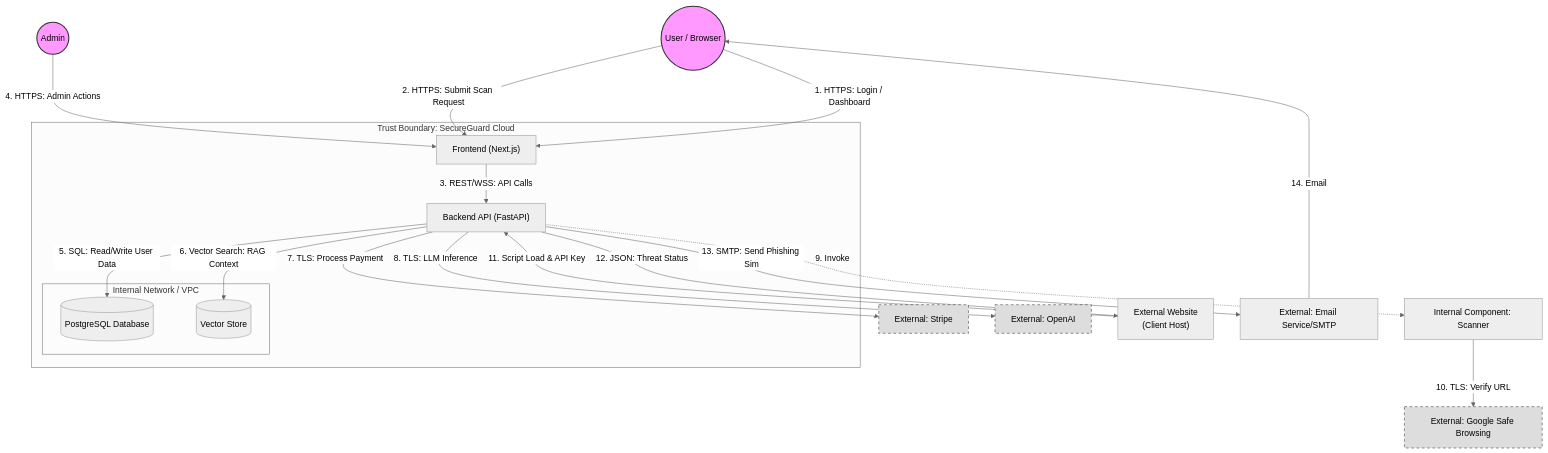
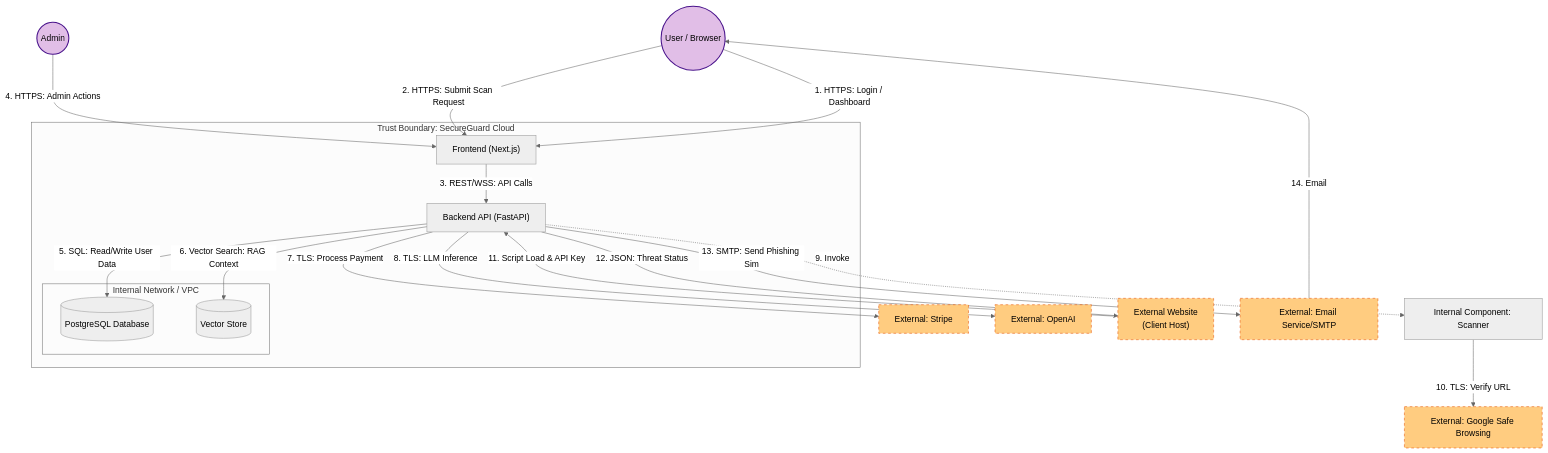
The diagram in threat_model/data_flow_diagram.md (NoorAhmed786/SecureGuard), drawn with Mermaid (neutral theme) before and after one commit. The commit also changed 1 other file, not shown here.

Commit message:
UI: Improve Mermaid diagram visibility with high-contrast colors

````diff
--- a/threat_model/data_flow_diagram.md
+++ b/threat_model/data_flow_diagram.md
@@ -5,56 +5,61 @@
 ```mermaid
 graph TD
     %% Entities
     User(("User / Browser"))
     Admin(("Admin"))
     PaymentGW["External: Stripe"]
     AI_Provider["External: OpenAI"]
     SafeBrowsing["External: Google Safe Browsing"]
 
     %% Processes
     subgraph "Trust Boundary: SecureGuard Cloud"
         Frontend["Frontend (Next.js)"]
         Backend["Backend API (FastAPI)"]
         
         subgraph "Internal Network / VPC"
             DB[("PostgreSQL Database")]
             VectorDB[("Vector Store")]
         end
     end
 
     %% Data Flows - User
     User -->|1. HTTPS: Login / Dashboard| Frontend
     User -->|2. HTTPS: Submit Scan Request| Frontend
     Frontend -->|3. REST/WSS: API Calls| Backend
     
     %% Data Flows - Admin
     Admin -->|4. HTTPS: Admin Actions| Frontend
 
     %% Data Flows - Backend Processing
     Backend -->|5. SQL: Read/Write User Data| DB
     Backend -->|6. Vector Search: RAG Context| VectorDB
     
     %% Data Flows - External
     Backend -->|7. TLS: Process Payment| PaymentGW
     Backend -->|8. TLS: LLM Inference| AI_Provider
     url_scanner["Internal Component: Scanner"]
     Backend -.->|9. Invoke| url_scanner
     url_scanner -->|10. TLS: Verify URL| SafeBrowsing
 
     %% Data Flows - Widget
     ClientSite["External Website<br>(Client Host)"]
     ClientSite -->|11. Script Load & API Key| Backend
     Backend -->|12. JSON: Threat Status| ClientSite
 
     %% Data Flows - Simulation
     EmailProvider["External: Email Service/SMTP"]
     Backend -->|13. SMTP: Send Phishing Sim| EmailProvider
     EmailProvider -->|14. Email| User
 
     %% Trust Boundaries Style
-    style User fill:#f9f,stroke:#333,stroke-width:2px
-    style Admin fill:#f9f,stroke:#333,stroke-width:2px
-    style PaymentGW fill:#ddd,stroke:#333,stroke-dasharray: 5 5
-    style AI_Provider fill:#ddd,stroke:#333,stroke-dasharray: 5 5
-    style SafeBrowsing fill:#ddd,stroke:#333,stroke-dasharray: 5 5
+    %% User/Admin: Purple/Blue Pastel with distinct border and black text
+    style User fill:#e1bee7,stroke:#4a148c,stroke-width:2px,color:#000
+    style Admin fill:#e1bee7,stroke:#4a148c,stroke-width:2px,color:#000
+    
+    %% External: Orange Pastel with dashed border and black text
+    style PaymentGW fill:#ffcc80,stroke:#e65100,stroke-dasharray: 5 5,color:#000
+    style AI_Provider fill:#ffcc80,stroke:#e65100,stroke-dasharray: 5 5,color:#000
+    style SafeBrowsing fill:#ffcc80,stroke:#e65100,stroke-dasharray: 5 5,color:#000
+    style ClientSite fill:#ffcc80,stroke:#e65100,stroke-dasharray: 5 5,color:#000
+    style EmailProvider fill:#ffcc80,stroke:#e65100,stroke-dasharray: 5 5,color:#000
 ```
````
